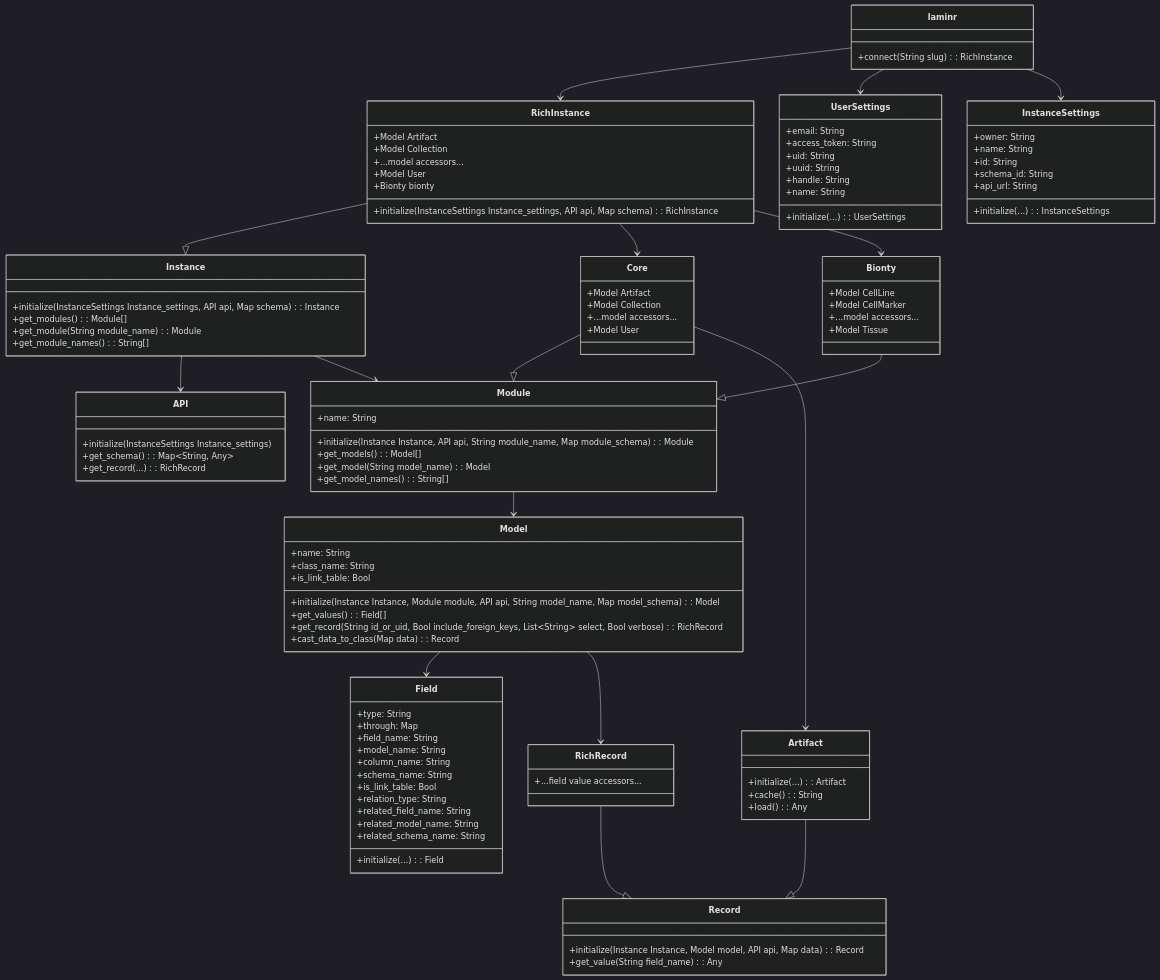
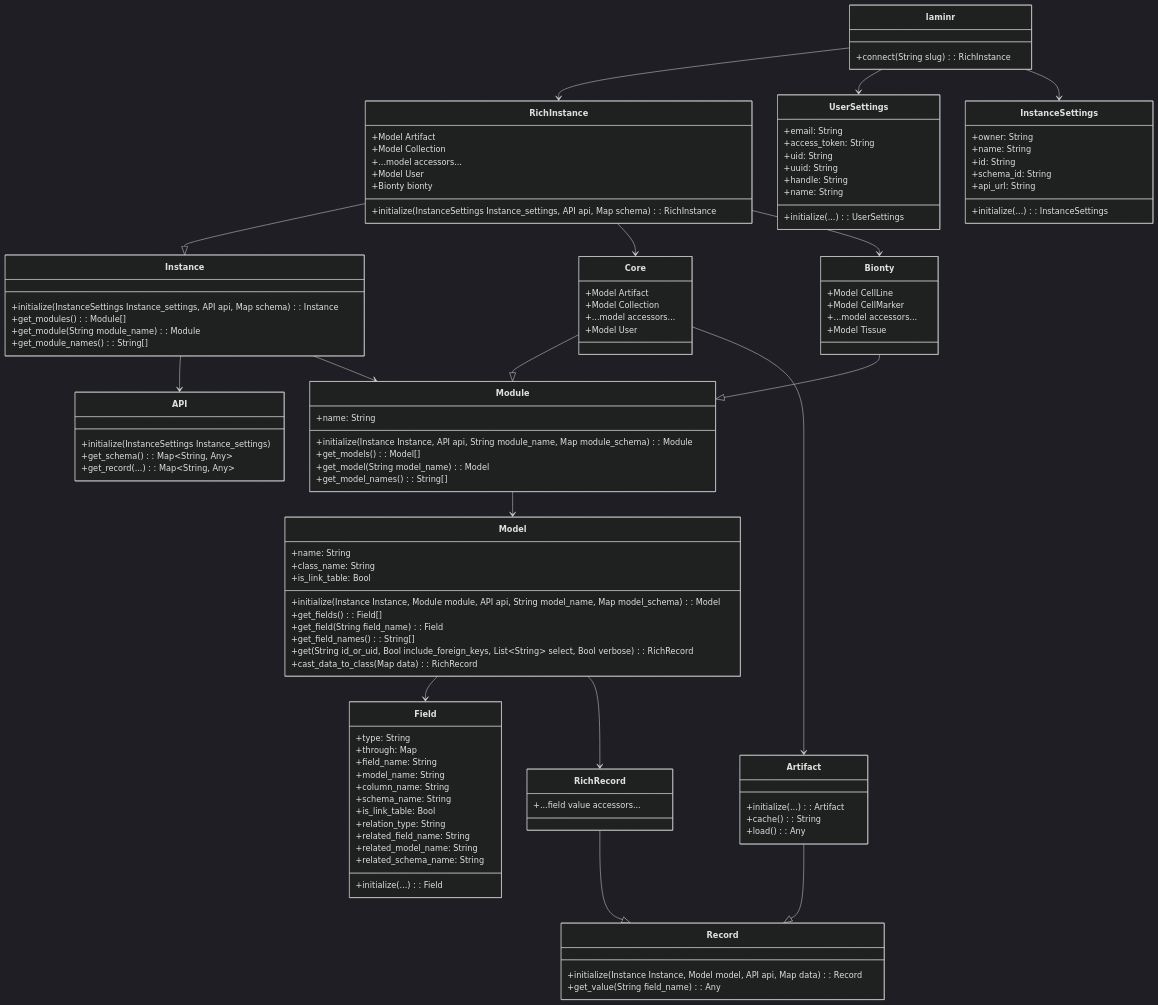
Before and after one commit to laminlabs/laminr: the diagram in docs/class_diagram.md, drawn with Mermaid (dark theme). The commit also changed 3 other files, not shown here.

```diff
--- a/docs/class_diagram.md
+++ b/docs/class_diagram.md
@@ -52,7 +52,7 @@
     class API{
         +initialize(InstanceSettings Instance_settings)
         +get_schema(): Map~String, Any~
-        +get_record(...): RichRecord
+        +get_record(...): Map~String, Any~
     }
     class RichInstance{
         +initialize(InstanceSettings Instance_settings, API api, Map<String, any> schema): RichInstance
@@ -86,9 +86,11 @@
         +name: String
         +class_name: String
         +is_link_table: Bool
-        +get_values(): Field[]
-        +get_record(String id_or_uid, Bool include_foreign_keys, List~String~ select, Bool verbose): RichRecord
-        +cast_data_to_class(Map<String, Any> data): Record
+        +get_fields(): Field[]
+        +get_field(String field_name): Field
+        +get_field_names(): String[]
+        +get(String id_or_uid, Bool include_foreign_keys, List~String~ select, Bool verbose): RichRecord
+        +cast_data_to_class(Map<String, Any> data): RichRecord
     }
     class Artifact{
         +initialize(...): Artifact
```
